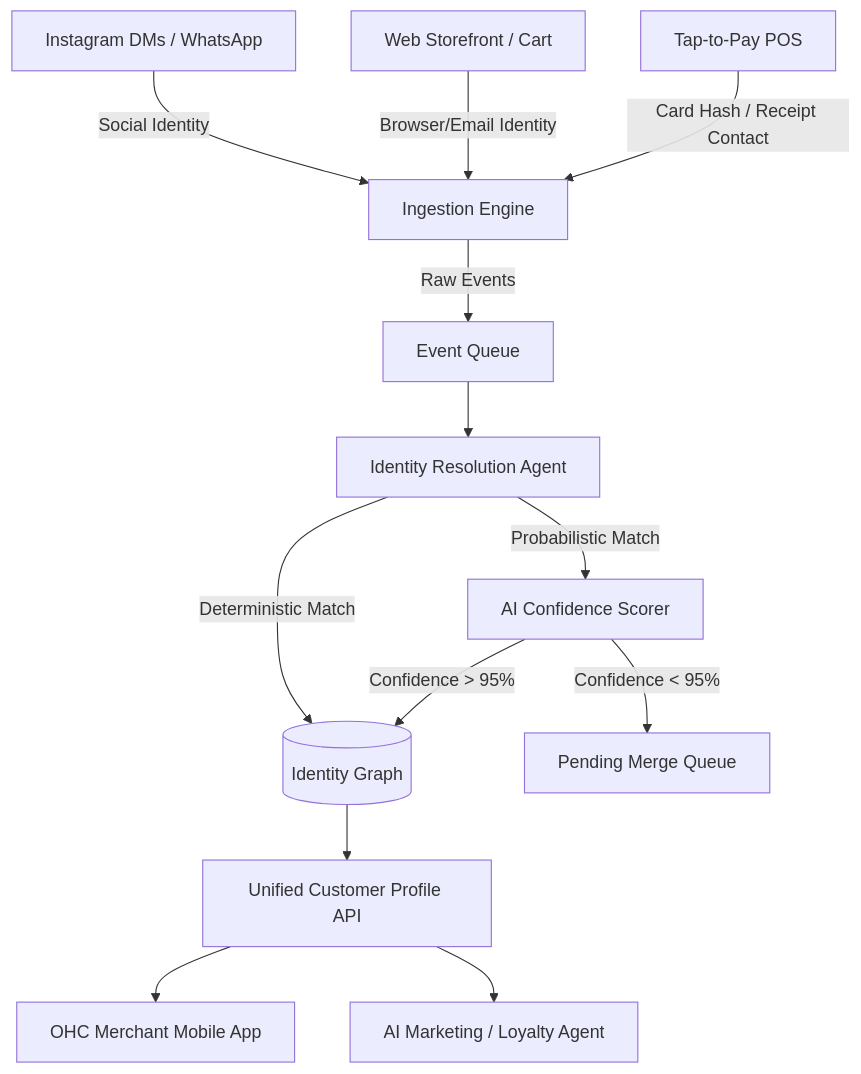
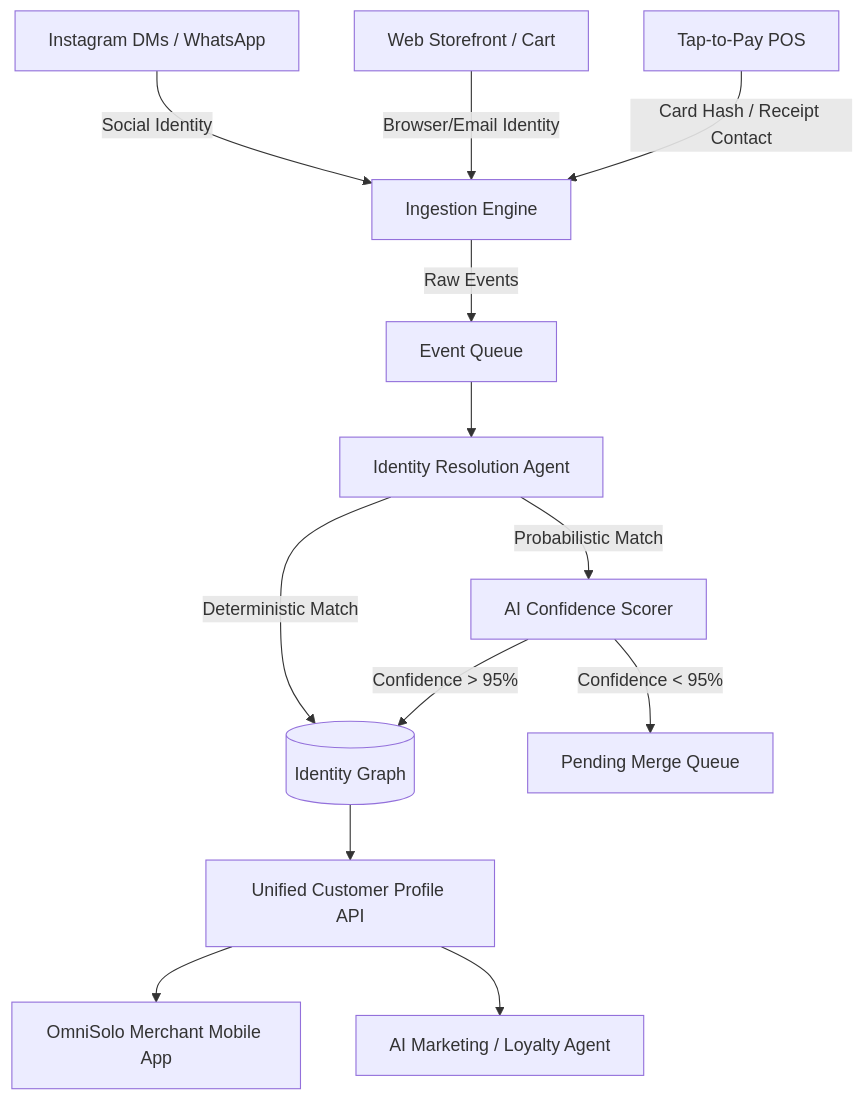
Before and after one commit to omnisolo-llc/onehumancorp: the diagram in docs/research/[architecture]_universal_cross_channel_identity_resolution_engine.md, drawn with Mermaid. The commit also changed other lines of this file and 2191 other files, not shown here.

Commit message:
feat: complete OmniSolo rename and browser audit

````diff
--- a/docs/research/[architecture]_universal_cross_channel_identity_resolution_engine.md
+++ b/docs/research/[architecture]_universal_cross_channel_identity_resolution_engine.md
@@ -19,22 +19,22 @@
 ```mermaid
 graph TD
     %% Ingestion Sources
     IG[Instagram DMs / WhatsApp] -->|Social Identity| IE[Ingestion Engine]
     Web[Web Storefront / Cart] -->|Browser/Email Identity| IE
     POS[Tap-to-Pay POS] -->|Card Hash / Receipt Contact| IE
 
     %% Processing
     IE -->|Raw Events| Q[Event Queue]
     Q --> MR[Identity Resolution Agent]
 
     %% AI Agent Logic
     MR -->|Deterministic Match| Graph[(Identity Graph)]
     MR -->|Probabilistic Match| AI[AI Confidence Scorer]
     AI -->|Confidence > 95%| Graph
     AI -->|Confidence < 95%| P[Pending Merge Queue]
 
     %% Downstream
     Graph --> CRM[Unified Customer Profile API]
-    CRM --> MobileApp[OHC Merchant Mobile App]
+    CRM --> MobileApp[OmniSolo Merchant Mobile App]
     CRM --> Marketing[AI Marketing / Loyalty Agent]
 ```
````
